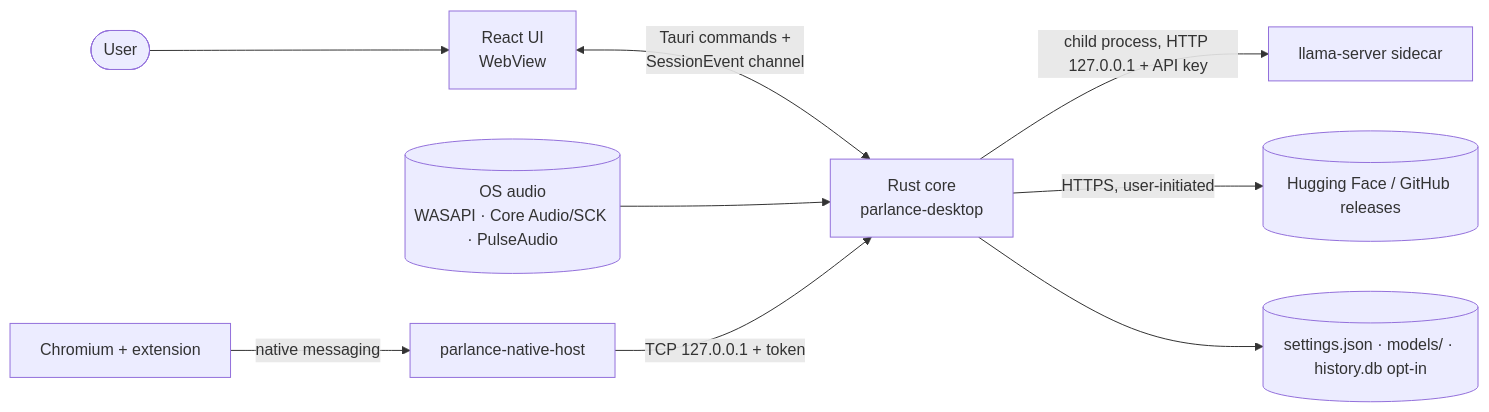
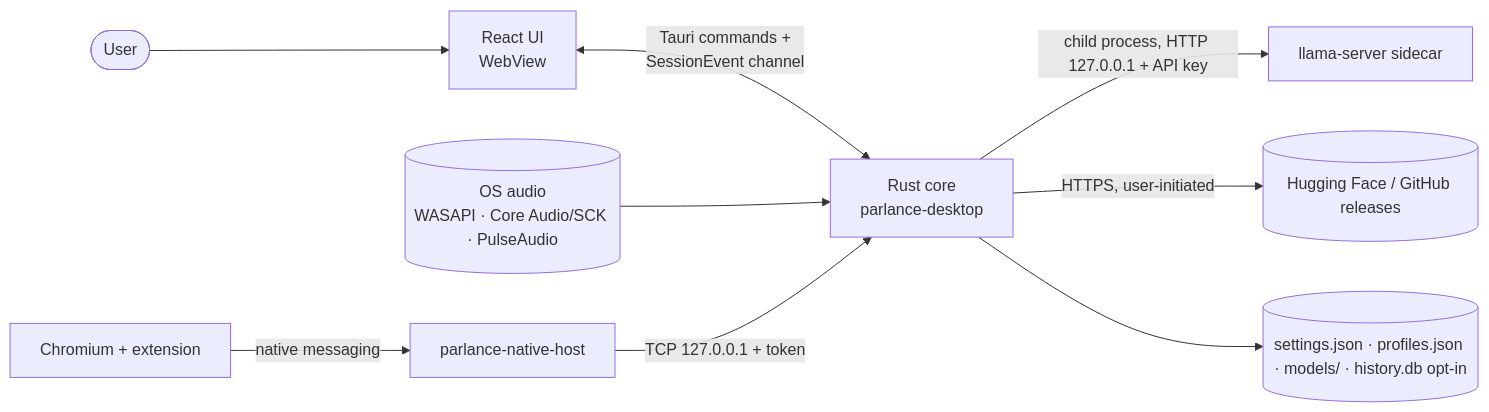
The first of 4 diagrams in docs/architecture/overview.md (FrandyAquino/jav-parlance), drawn with Mermaid before and after one commit. The commit also changed other lines of this file and 79 other files, not shown here.

````diff
--- a/docs/architecture/overview.md
+++ b/docs/architecture/overview.md
@@ -8,11 +8,11 @@
 ```mermaid
 flowchart LR
   user([User]) --> ui[React UI<br/>WebView]
   ui <-- "Tauri commands +<br/>SessionEvent channel" --> core[Rust core<br/>parlance-desktop]
   os[(OS audio<br/>WASAPI · Core Audio/SCK · PulseAudio)] --> core
   browser[Chromium + extension] -- native messaging --> host[parlance-native-host]
   host -- "TCP 127.0.0.1 + token" --> core
   core -- "child process, HTTP 127.0.0.1 + API key" --> llama[llama-server sidecar]
   core -- "HTTPS, user-initiated" --> hf[(Hugging Face / GitHub releases)]
-  core --> disk[(settings.json · models/ · history.db opt-in)]
+  core --> disk[(settings.json · profiles.json · models/ · history.db opt-in)]
 ```
````
